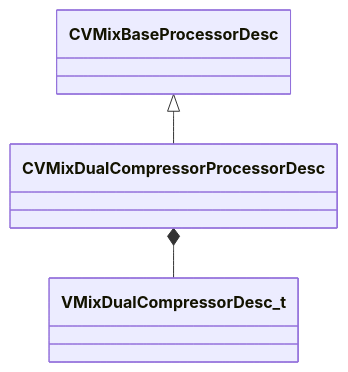
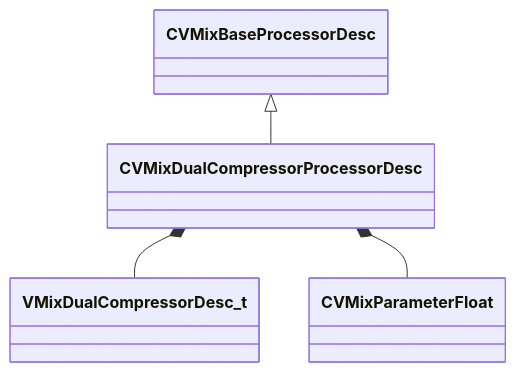
One commit to CS2OpenDev/CS2OpenDev-Docs changed the diagram in docs/generated/schemas/soundsystem_lowlevel/CVMixDualCompressorProcessorDesc.md. Above: the diagram before and after it, drawn with Mermaid. The commit also changed other lines of this file and 4654 other files, not shown here.

Commit message:
docs: regenerate for SchemaTracker build 25947352 [skip ci]

````diff
--- a/docs/generated/schemas/soundsystem_lowlevel/CVMixDualCompressorProcessorDesc.md
+++ b/docs/generated/schemas/soundsystem_lowlevel/CVMixDualCompressorProcessorDesc.md
@@ -19,5 +19,6 @@
 ```mermaid
 classDiagram
     CVMixBaseProcessorDesc <|-- CVMixDualCompressorProcessorDesc
     CVMixDualCompressorProcessorDesc *-- VMixDualCompressorDesc_t
+    CVMixDualCompressorProcessorDesc *-- CVMixParameterFloat
 ```
````
